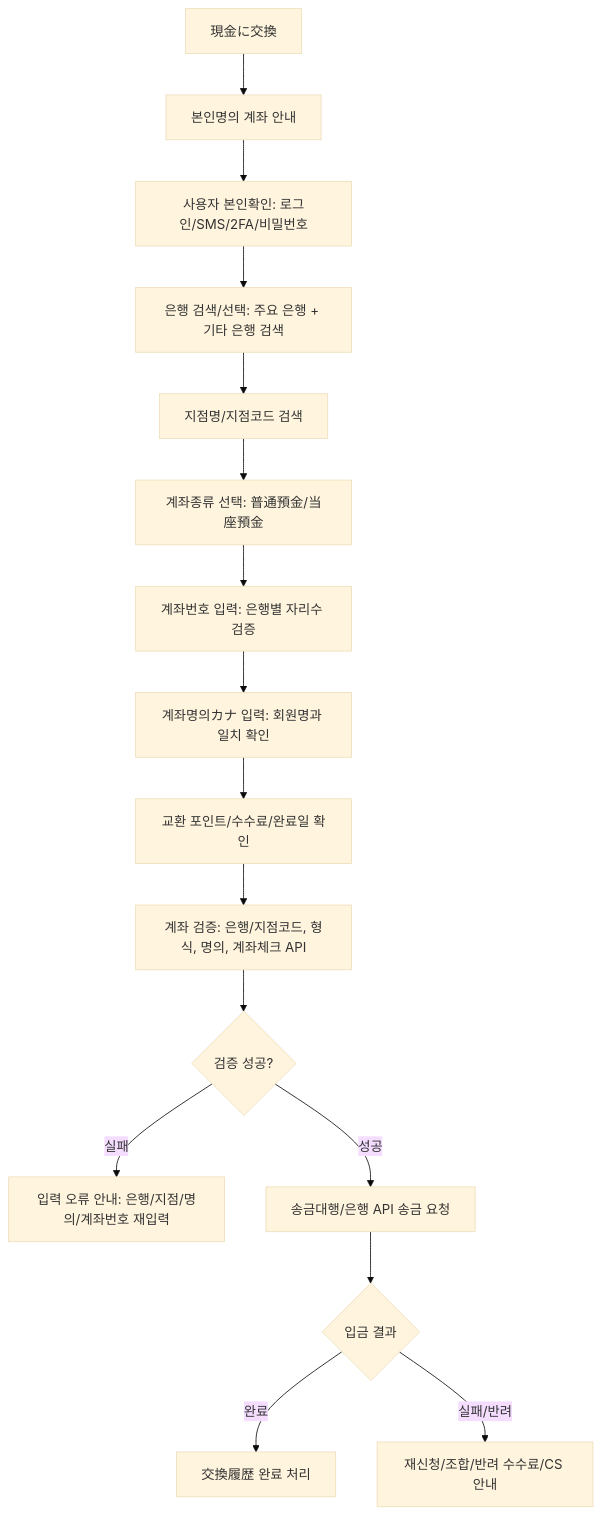
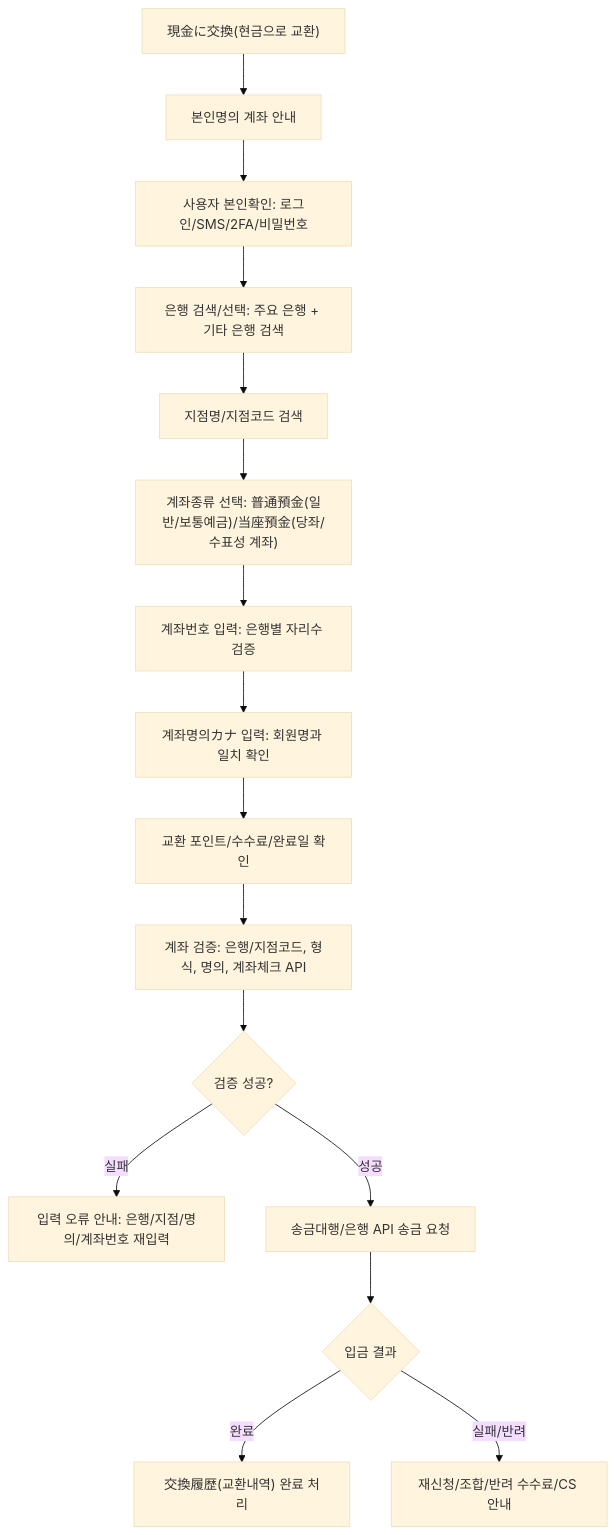
Before and after one commit to dongwonlee222/golden-goose-report: diagram 11 of 11 in reports/japan-apptech-reward-bank-benchmark-report.md, drawn with Mermaid (base theme). The commit also changed other lines of this file and 1 other file, not shown here.

````diff
--- a/reports/japan-apptech-reward-bank-benchmark-report.md
+++ b/reports/japan-apptech-reward-bank-benchmark-report.md
@@ -367,18 +367,18 @@
 ```mermaid
 flowchart TD
-  A["現金に交換"] --> B["본인명의 계좌 안내"]
+  A["現金に交換(현금으로 교환)"] --> B["본인명의 계좌 안내"]
   B --> C["사용자 본인확인: 로그인/SMS/2FA/비밀번호"]
   C --> D["은행 검색/선택: 주요 은행 + 기타 은행 검색"]
   D --> E["지점명/지점코드 검색"]
-  E --> F["계좌종류 선택: 普通預金/当座預金"]
+  E --> F["계좌종류 선택: 普通預金(일반/보통예금)/当座預金(당좌/수표성 계좌)"]
   F --> G["계좌번호 입력: 은행별 자리수 검증"]
   G --> H["계좌명의カナ 입력: 회원명과 일치 확인"]
   H --> I["교환 포인트/수수료/완료일 확인"]
   I --> J["계좌 검증: 은행/지점코드, 형식, 명의, 계좌체크 API"]
   J --> K{"검증 성공?"}
   K -- "실패" --> L["입력 오류 안내: 은행/지점/명의/계좌번호 재입력"]
   K -- "성공" --> M["송금대행/은행 API 송금 요청"]
   M --> N{"입금 결과"}
-  N -- "완료" --> O["交換履歴 완료 처리"]
+  N -- "완료" --> O["交換履歴(교환내역) 완료 처리"]
   N -- "실패/반려" --> P["재신청/조합/반려 수수료/CS 안내"]
 ```
````
